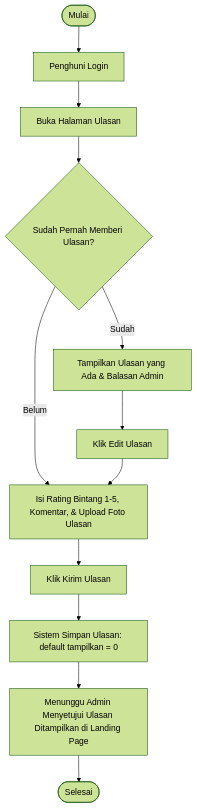
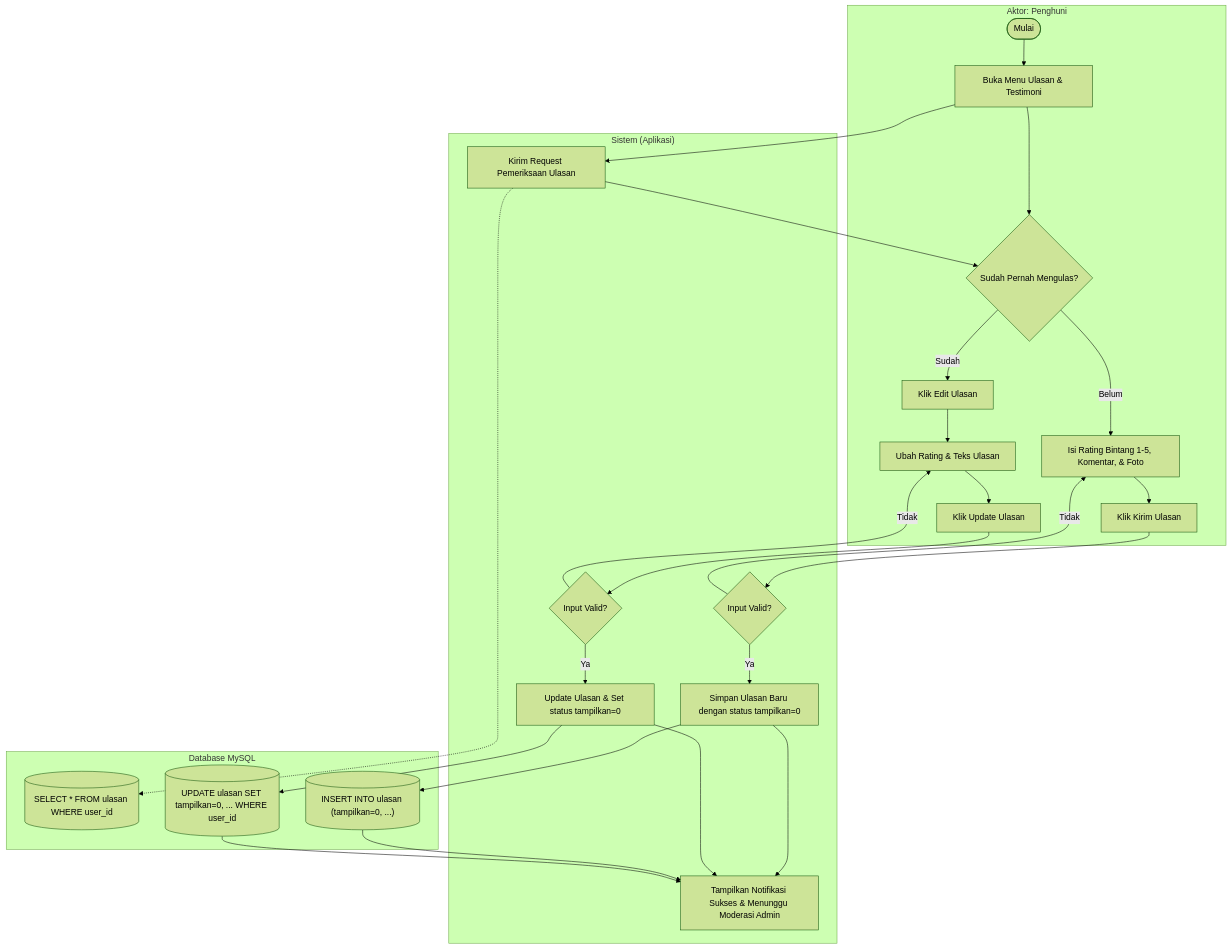
Before and after one commit to Raflysaputra20/EL-MISARAH: the seventh of 10 diagrams in activity_diagrams.md, drawn with Mermaid (forest theme). The commit also changed other lines of this file and 2 other files, not shown here.

````diff
--- a/activity_diagrams.md
+++ b/activity_diagrams.md
@@ -201,18 +297,41 @@
 ```mermaid
-flowchart TD
-    Start([Mulai]) --> LoginPenghuni[Penghuni Login]
-    LoginPenghuni --> MenuUlasan[Buka Halaman Ulasan]
-    MenuUlasan --> CekUlasanLama{Sudah Pernah Memberi Ulasan?}
+flowchart TB
+    subgraph Aktor ["Aktor: Penghuni"]
+        Start2_3([Mulai]) --> BukaUlasan2_3[Buka Menu Ulasan & Testimoni]
+        BukaUlasan2_3 --> CekUlasanLama2_3{Sudah Pernah Mengulas?}
+        
+        %% Belum
+        CekUlasanLama2_3 -- Belum --> FormBaru2_3[Isi Rating Bintang 1-5, Komentar, & Foto]
+        FormBaru2_3 --> KlikKirim2_3[Klik Kirim Ulasan]
+        
+        %% Sudah
+        CekUlasanLama2_3 -- Sudah --> EditUlasan2_3[Klik Edit Ulasan]
+        EditUlasan2_3 --> FormEdit2_3[Ubah Rating & Teks Ulasan]
+        FormEdit2_3 --> KlikSimpan2_3[Klik Update Ulasan]
+    end
     
-    %% Mengisi Ulasan Pertama
-    CekUlasanLama -- Belum --> FormUlasan[Isi Rating Bintang 1-5, Komentar, & Upload Foto Ulasan]
-    FormUlasan --> SubmitUlasan[Klik Kirim Ulasan]
-    SubmitUlasan --> SimpanUlasanDB[Sistem Simpan Ulasan: default tampilkan = 0]
+    subgraph Sistem ["Sistem (Aplikasi)"]
+        BukaUlasan2_3 --> CekDBUlasan2_3[Kirim Request Pemeriksaan Ulasan]
+        CekDBUlasan2_3 --> CekUlasanLama2_3
+        
+        KlikKirim2_3 --> ValidasiBaru2_3{Input Valid?}
+        ValidasiBaru2_3 -- Tidak --> FormBaru2_3
+        ValidasiBaru2_3 -- Ya --> SimpanUlasan2_3[Simpan Ulasan Baru dengan status tampilkan=0]
+        
+        KlikSimpan2_3 --> ValidasiEdit2_3{Input Valid?}
+        ValidasiEdit2_3 -- Tidak --> FormEdit2_3
+        ValidasiEdit2_3 -- Ya --> UpdateUlasan2_3[Update Ulasan & Set status tampilkan=0]
+        
+        SimpanUlasan2_3 --> SuksesUlas2_3[Tampilkan Notifikasi Sukses & Menunggu Moderasi Admin]
+        UpdateUlasan2_3 --> SuksesUlas2_3
+    end
     
-    %% Mengedit Ulasan yang Ada
-    CekUlasanLama -- Sudah --> TampilkanUlasanLama[Tampilkan Ulasan yang Ada & Balasan Admin]
-    TampilkanUlasanLama --> EditUlasan[Klik Edit Ulasan]
-    EditUlasan --> FormUlasan
-    
-    SimpanUlasanDB --> TungguModerasi[Menunggu Admin Menyetujui Ulasan Ditampilkan di Landing Page] --> End([Selesai])
+    subgraph Database ["Database MySQL"]
+        CekDBUlasan2_3 -.-> QueryCekUlasan2_3[("SELECT * FROM ulasan WHERE user_id")]
+        SimpanUlasan2_3 --> DBInsertUlasan2_3[("INSERT INTO ulasan (tampilkan=0, ...)")]
+        UpdateUlasan2_3 --> DBUpdateUlasan2_3[("UPDATE ulasan SET tampilkan=0, ... WHERE user_id")]
+        
+        DBInsertUlasan2_3 --> SuksesUlas2_3
+        DBUpdateUlasan2_3 --> SuksesUlas2_3
+    end
 ```
````
